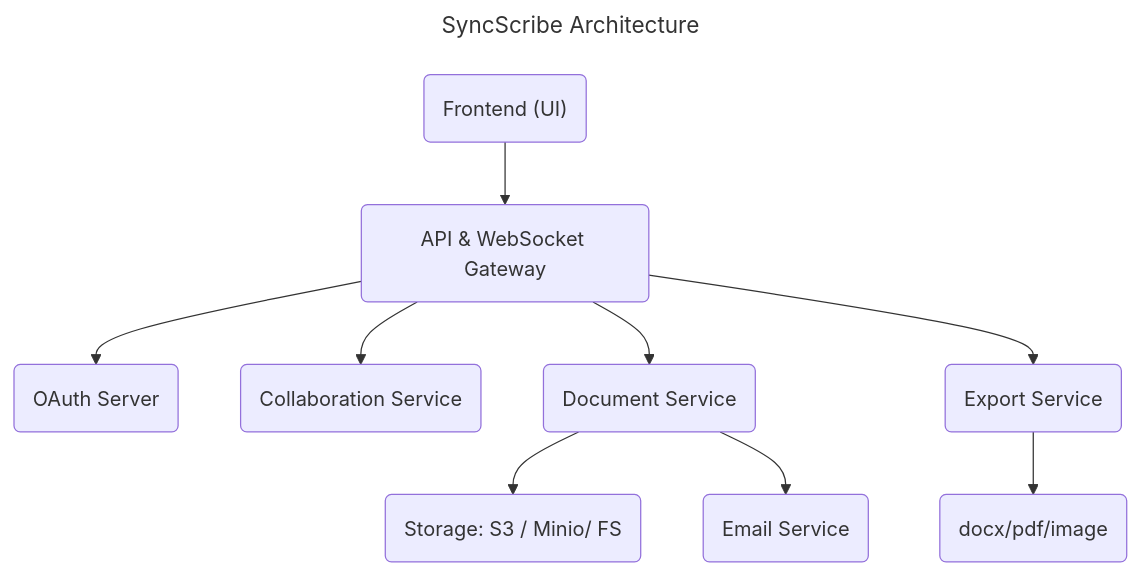
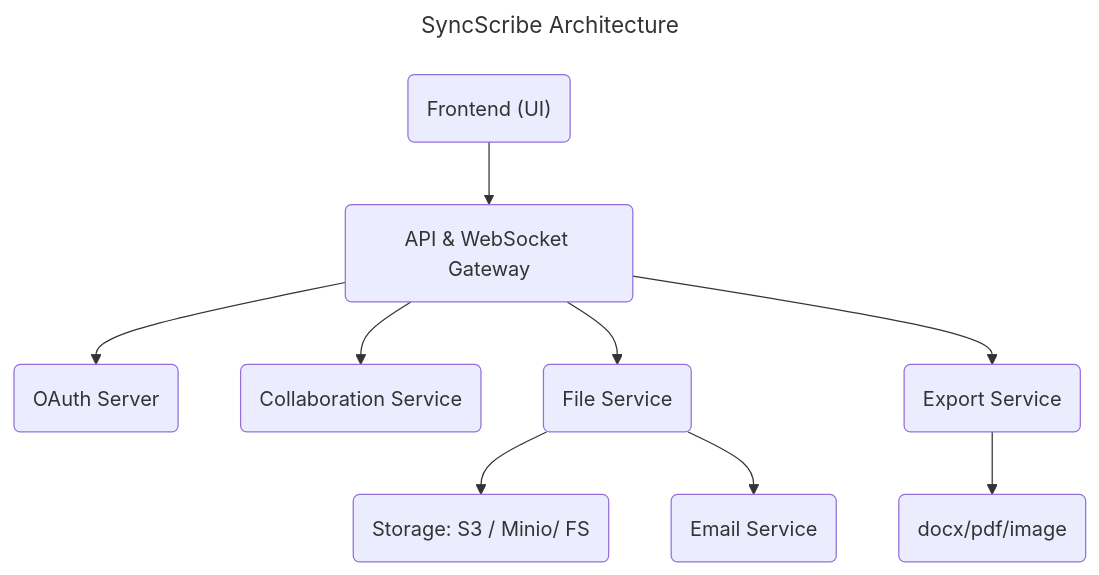
Before and after one commit to syncscribe/syncscribe: the diagram in ARCHITECTURE.md, drawn with Mermaid. The commit also changed 62 other files, not shown here.

````diff
--- a/ARCHITECTURE.md
+++ b/ARCHITECTURE.md
@@ -2,15 +2,15 @@
 ```mermaid
 ---
 title: SyncScribe Architecture
 ---
 flowchart TD
     frontend("Frontend (UI)") --> gateway("API & WebSocket Gateway")
     gateway --> oauth("OAuth Server")
     gateway --> collaboration("Collaboration Service")
-    document --> storage("Storage: S3 / Minio/ FS")
-    document --> email("Email Service")
-    gateway --> document("Document Service")
+    file --> storage("Storage: S3 / Minio/ FS")
+    file --> email("Email Service")
+    gateway --> file("File Service")
     gateway --> exporter("Export Service")
     exporter --> doctype("docx/pdf/image")
 
 ```
````
